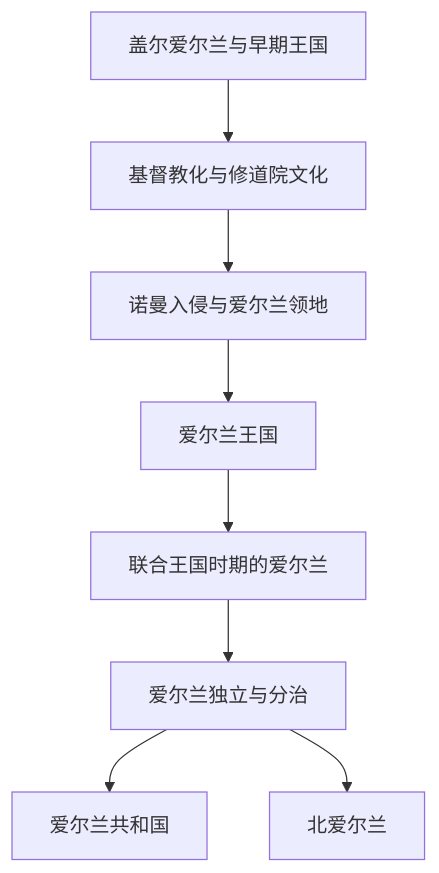
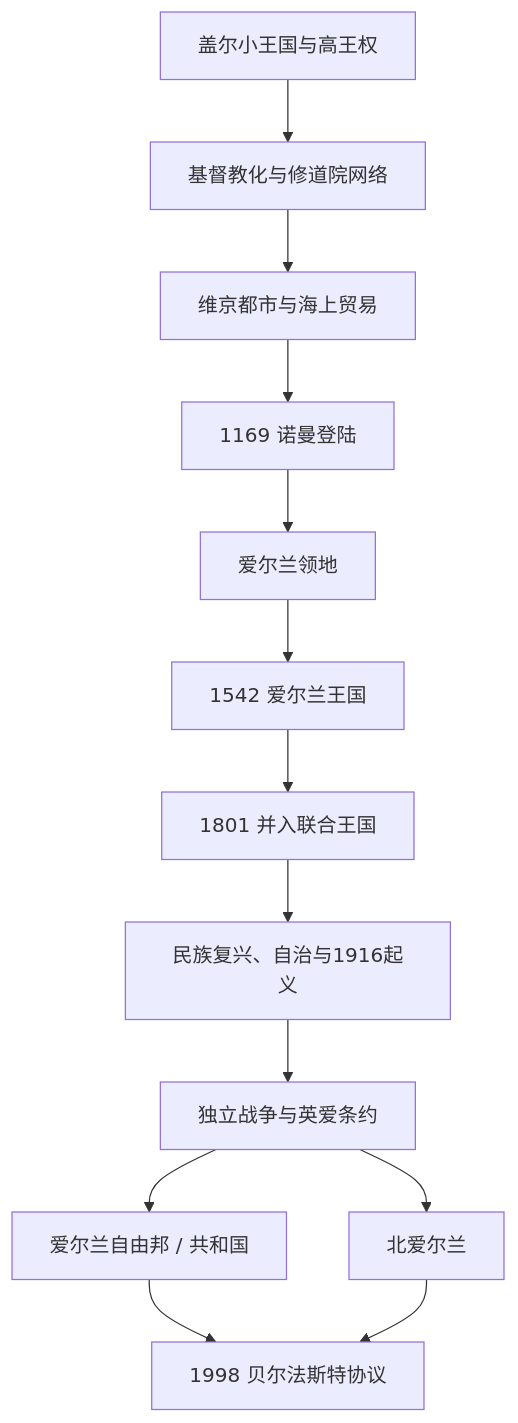
The diagram in 人文科学/历史/欧洲/不列颠群岛/爱尔兰/README.md (tianlan-dev/learning-notes), drawn with Mermaid before and after one commit. The commit also changed other lines of this file and 1417 other files, not shown here.

````diff
--- a/人文科学/历史/欧洲/不列颠群岛/爱尔兰/README.md
+++ b/人文科学/历史/欧洲/不列颠群岛/爱尔兰/README.md
@@ -16,10 +15,15 @@
 ```mermaid
 flowchart TD
-    Gaelic["盖尔爱尔兰与早期王国"] --> Christian["基督教化与修道院文化"]
-    Christian --> Norman["诺曼入侵与爱尔兰领地"]
-    Norman --> Kingdom["爱尔兰王国"]
-    Kingdom --> Union["联合王国时期的爱尔兰"]
-    Union --> Partition["爱尔兰独立与分治"]
-    Partition --> Republic["爱尔兰共和国"]
-    Partition --> NI["北爱尔兰"]
+    Gaelic["盖尔小王国与高王权"] --> Christian["基督教化与修道院网络"]
+    Christian --> Viking["维京都市与海上贸易"]
+    Viking --> Norman["1169 诺曼登陆"]
+    Norman --> Lordship["爱尔兰领地"]
+    Lordship --> Kingdom["1542 爱尔兰王国"]
+    Kingdom --> Union["1801 并入联合王国"]
+    Union --> Rising["民族复兴、自治与1916起义"]
+    Rising --> War["独立战争与英爱条约"]
+    War --> Republic["爱尔兰自由邦 / 共和国"]
+    War --> NI["北爱尔兰"]
+    Republic --> Agreement["1998 贝尔法斯特协议"]
+    NI --> Agreement
 ```
````
